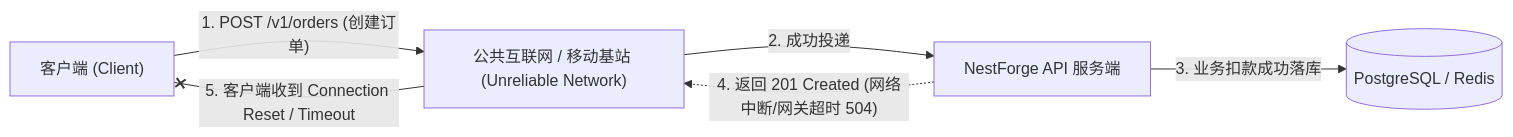
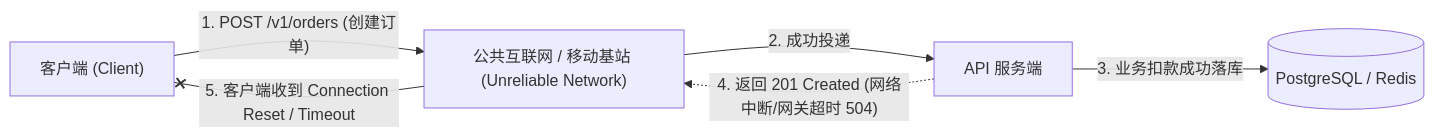
The first of 2 diagrams in docs/idempotency.md (woailuoisme/nest-api), drawn with Mermaid before and after one commit. The commit also changed other lines of this file and 124 other files, not shown here.

````diff
--- a/docs/idempotency.md
+++ b/docs/idempotency.md
@@ -13,13 +13,13 @@
 ```mermaid
 flowchart LR
     Client["客户端 (Client)"]
     Network["公共互联网 / 移动基站 (Unreliable Network)"]
-    Server["NestForge API 服务端"]
+    Server["API 服务端"]
     DB[("PostgreSQL / Redis")]
 
     Client -->|"1. POST /v1/orders (创建订单)"| Network
     Network -->|"2. 成功投递"| Server
     Server -->|"3. 业务扣款成功落库"| DB
     Server -.->|"4. 返回 201 Created (网络中断/网关超时 504)"| Network
     Network --x|"5. 客户端收到 Connection Reset / Timeout"| Client
 ```
````
